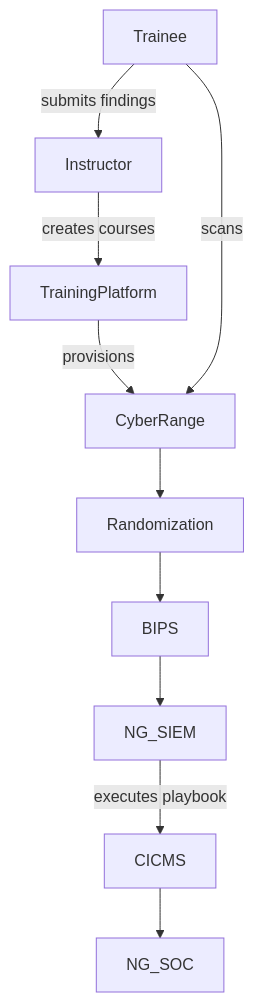
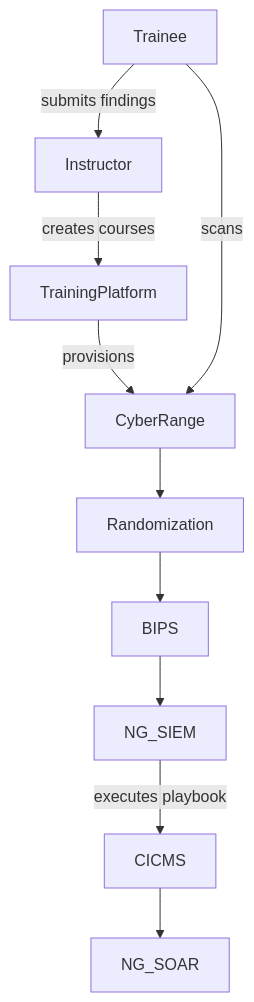
Before and after one commit to jmratwork/techanalysissecmanage-crcz: the diagram in docs/subcase_1b_guide.md, drawn with Mermaid. The commit also changed other lines of this file and 47 other files, not shown here.

````diff
--- a/docs/subcase_1b_guide.md
+++ b/docs/subcase_1b_guide.md
@@ -10,12 +10,12 @@
 ```mermaid
 flowchart TD
     Instructor -->|creates courses| TrainingPlatform
     TrainingPlatform -->|provisions| CyberRange
     CyberRange --> Randomization
     Randomization --> BIPS
     BIPS --> NG_SIEM
     NG_SIEM -->|executes playbook| CICMS
-    CICMS --> NG_SOC
+    CICMS --> NG_SOAR
     Trainee -->|scans| CyberRange
     Trainee -->|submits findings| Instructor
 ```
````
